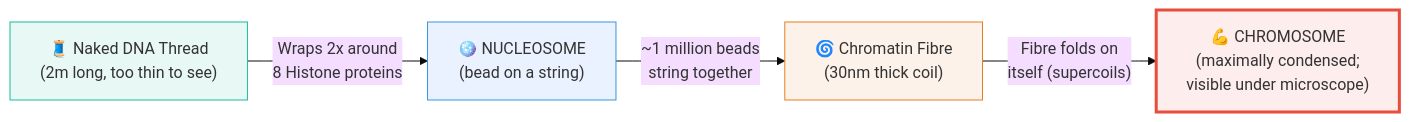
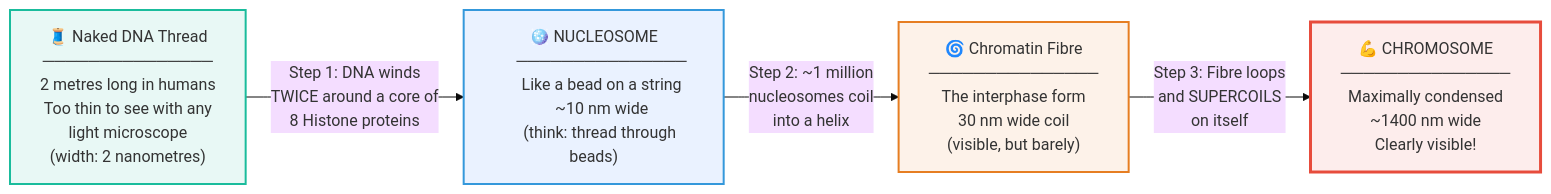
One commit to naveengarla/icse-10th-biology changed the second of 5 diagrams in Chapter_02_Tutorial/2.3_Structure_of_Chromosomes.md. Above: the diagram before and after it, drawn with Mermaid (base theme). The commit also changed other lines of this file, not shown here.

````diff
--- a/Chapter_02_Tutorial/2.3_Structure_of_Chromosomes.md
+++ b/Chapter_02_Tutorial/2.3_Structure_of_Chromosomes.md
@@ -62,18 +85,44 @@
 ```mermaid
 graph LR
-    A["🧵 Naked DNA Thread\n(2m long, too thin to see)"]
-    -->|"Wraps 2x around\n8 Histone proteins"| B
+    A["🧵 Naked DNA Thread
+    ───────────────
+    2 metres long in humans
+    Too thin to see with any
+    light microscope
+    (width: 2 nanometres)"]
 
-    B["🪩 NUCLEOSOME\n(bead on a string)"]
-    -->|"~1 million beads\nstring together"| C
+    -->|"Step 1: DNA winds
+    TWICE around a core of
+    8 Histone proteins"| B
 
-    C["🌀 Chromatin Fibre\n(30nm thick coil)"]
-    -->|"Fibre folds on\nitself (supercoils)"| D
+    B["🪩 NUCLEOSOME
+    ───────────────
+    Like a bead on a string
+    ~10 nm wide
+    (think: thread through beads)"]
 
-    D["💪 CHROMOSOME\n(maximally condensed;\nvisible under microscope)"]
+    -->|"Step 2: ~1 million
+    nucleosomes coil
+    into a helix"| C
 
-    style A fill:#e8f8f5,stroke:#1abc9c
-    style B fill:#eaf2ff,stroke:#3498db
-    style C fill:#fdf2e9,stroke:#e67e22
+    C["🌀 Chromatin Fibre
+    ───────────────
+    The interphase form
+    30 nm wide coil
+    (visible, but barely)"]
+
+    -->|"Step 3: Fibre loops
+    and SUPERCOILS
+    on itself"| D
+
+    D["💪 CHROMOSOME
+    ───────────────
+    Maximally condensed
+    ~1400 nm wide
+    Clearly visible!"]
+
+    style A fill:#e8f8f5,stroke:#1abc9c,stroke-width:2px
+    style B fill:#eaf2ff,stroke:#3498db,stroke-width:2px
+    style C fill:#fdf2e9,stroke:#e67e22,stroke-width:2px
     style D fill:#fdedec,stroke:#e74c3c,stroke-width:3px
 ```
````
